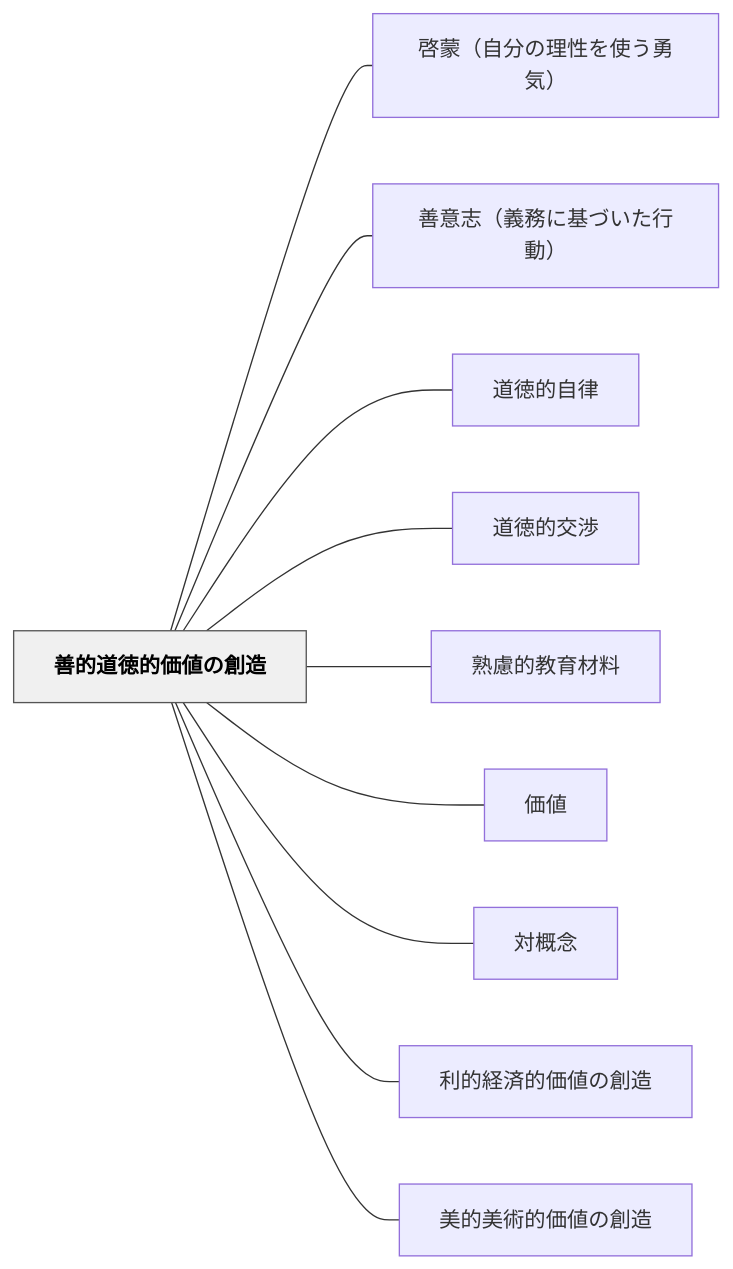
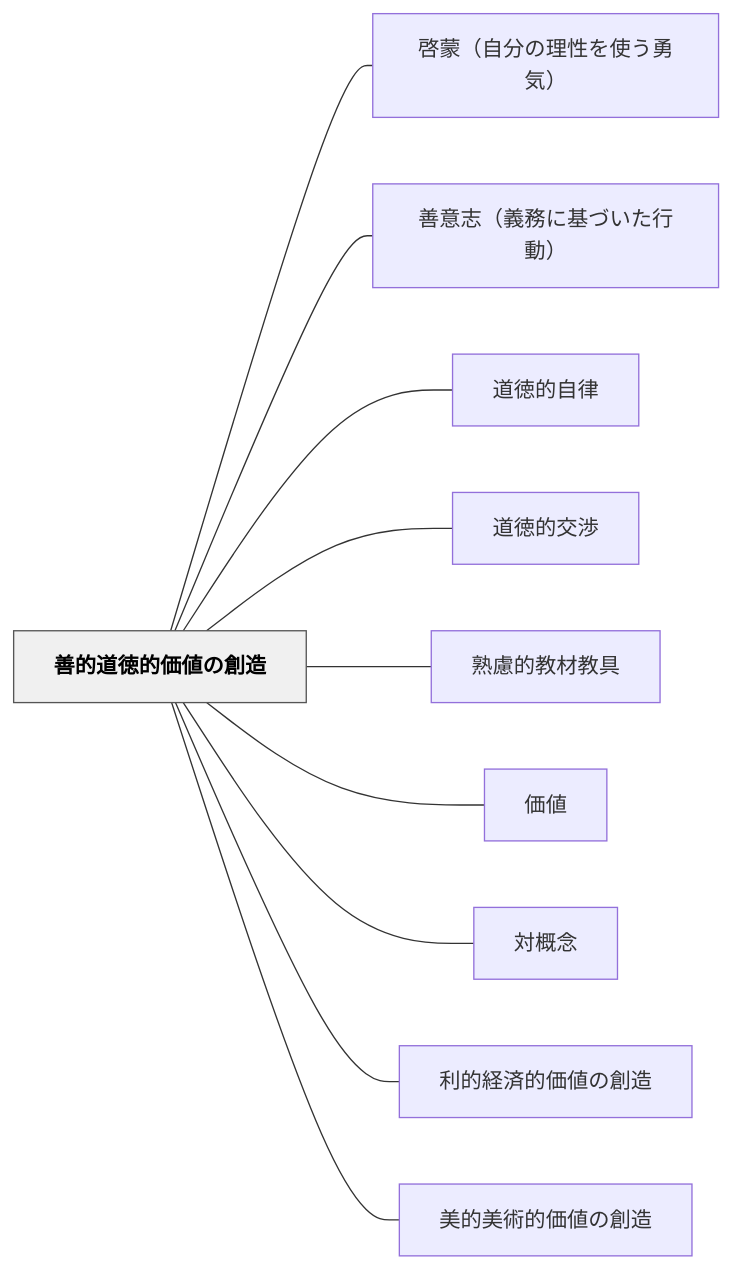
The diagram in content/パタン/善的道徳的価値の創造.md (unknownthings-ed-patterns/unknownthings-ed-patterns), drawn with Mermaid before and after one commit. The commit also changed other lines of this file and 72 other files, not shown here.

````diff
--- a/content/パタン/善的道徳的価値の創造.md
+++ b/content/パタン/善的道徳的価値の創造.md
@@ -66,26 +66,26 @@
 ```mermaid
 flowchart LR
     ne59684e79a84e98193e5beb3e79a84e4bea1e580a4e381aee589b5e980a0["善的道徳的価値の創造"]
     ne59593e89299efbc88e887aae58886e381aee79086e680a7e38292e4bdbfe38186e58b87e6b097efbc89["啓蒙（自分の理性を使う勇気）"]
     ne59684e6848fe5bf97efbc88e7bea9e58b99e381abe59fbae381a5e38184e3819fe8a18ce58b95efbc89["善意志（義務に基づいた行動）"]
     ne98193e5beb3e79a84e887aae5be8b["道徳的自律"]
     ne98193e5beb3e79a84e4baa4e6b889["道徳的交渉"]
-    ne7869fe685aee79a84e69599e882b2e69d90e69699["熟慮的教育材料"]
+    ne7869fe685aee79a84e69599e69d90e69599e585b7["熟慮的教材教具"]
     ne4bea1e580a4["価値"]
     ne5afbee6a682e5bfb5["対概念"]
     ne588a9e79a84e7b58ce6b888e79a84e4bea1e580a4e381aee589b5e980a0["利的経済的価値の創造"]
     ne7be8ee79a84e7be8ee8a193e79a84e4bea1e580a4e381aee589b5e980a0["美的美術的価値の創造"]
 
     ne59684e79a84e98193e5beb3e79a84e4bea1e580a4e381aee589b5e980a0 --- ne59593e89299efbc88e887aae58886e381aee79086e680a7e38292e4bdbfe38186e58b87e6b097efbc89
     ne59684e79a84e98193e5beb3e79a84e4bea1e580a4e381aee589b5e980a0 --- ne59684e6848fe5bf97efbc88e7bea9e58b99e381abe59fbae381a5e38184e3819fe8a18ce58b95efbc89
     ne59684e79a84e98193e5beb3e79a84e4bea1e580a4e381aee589b5e980a0 --- ne98193e5beb3e79a84e887aae5be8b
     ne59684e79a84e98193e5beb3e79a84e4bea1e580a4e381aee589b5e980a0 --- ne98193e5beb3e79a84e4baa4e6b889
-    ne59684e79a84e98193e5beb3e79a84e4bea1e580a4e381aee589b5e980a0 --- ne7869fe685aee79a84e69599e882b2e69d90e69699
+    ne59684e79a84e98193e5beb3e79a84e4bea1e580a4e381aee589b5e980a0 --- ne7869fe685aee79a84e69599e69d90e69599e585b7
     ne59684e79a84e98193e5beb3e79a84e4bea1e580a4e381aee589b5e980a0 --- ne4bea1e580a4
     ne59684e79a84e98193e5beb3e79a84e4bea1e580a4e381aee589b5e980a0 --- ne5afbee6a682e5bfb5
     ne59684e79a84e98193e5beb3e79a84e4bea1e580a4e381aee589b5e980a0 --- ne588a9e79a84e7b58ce6b888e79a84e4bea1e580a4e381aee589b5e980a0
     ne59684e79a84e98193e5beb3e79a84e4bea1e580a4e381aee589b5e980a0 --- ne7be8ee79a84e7be8ee8a193e79a84e4bea1e580a4e381aee589b5e980a0
 
     classDef hub fill:#f0f0f0,stroke:#555,color:#000,font-weight:bold
     class ne59684e79a84e98193e5beb3e79a84e4bea1e580a4e381aee589b5e980a0 hub
 ```
````
